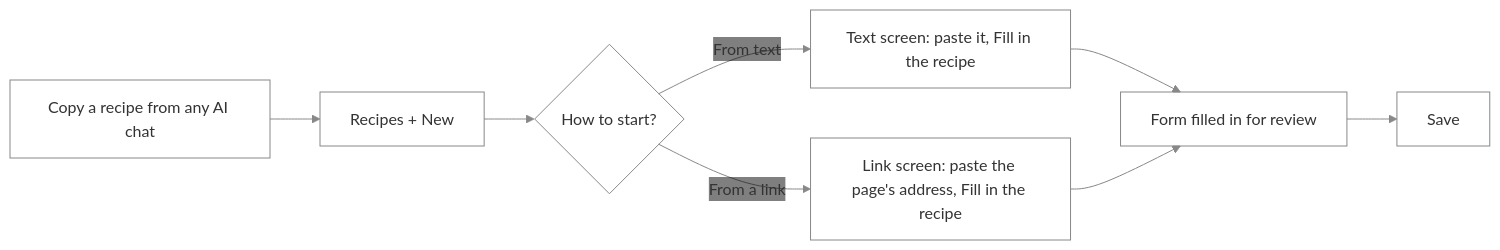
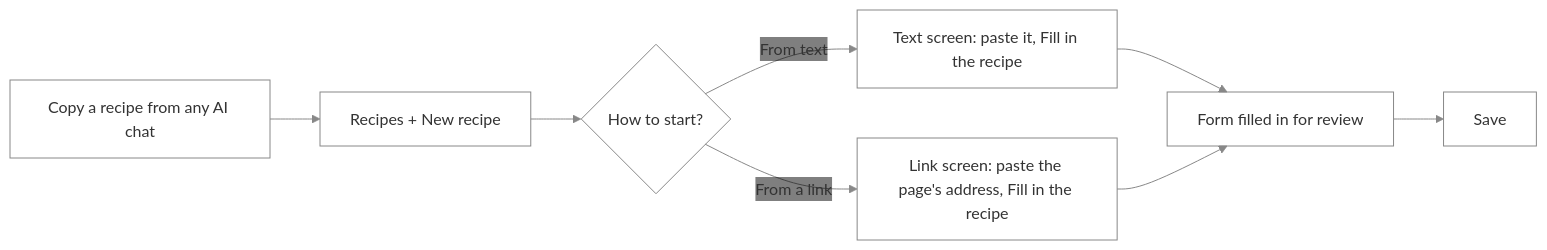
One commit to NovaMoonX/moondreams-dev-apps changed diagram 52 of 54 in src/apps/pinch/UX.md. Above: the diagram before and after it, drawn with Mermaid. The commit also changed other lines of this file and 4 other files, not shown here.

````diff
--- a/src/apps/pinch/UX.md
+++ b/src/apps/pinch/UX.md
@@ -1490,10 +1480,10 @@
 ```mermaid
 %%{init: {'theme': 'base', 'themeVariables': {'primaryColor': 'transparent', 'clusterBkg': 'transparent', 'primaryBorderColor': '#888888', 'clusterBorder': '#888888', 'lineColor': '#888888', 'primaryTextColor': '#333333'}}}%%
 flowchart LR
-    A[Copy a recipe from any AI chat] --> B[Recipes + New] --> C{"How to start?"}
+    A[Copy a recipe from any AI chat] --> B[Recipes + New recipe] --> C{"How to start?"}
     C -->|From text| D["Text screen: paste it, Fill in the recipe"]
     C -->|From a link| E["Link screen: paste the page's address, Fill in the recipe"]
     D --> F["Form filled in for review"]
     E --> F
     F --> G[Save]
 ```
````
